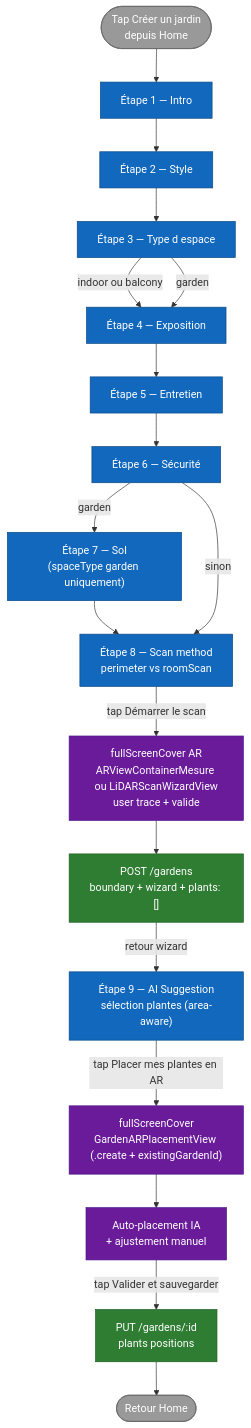
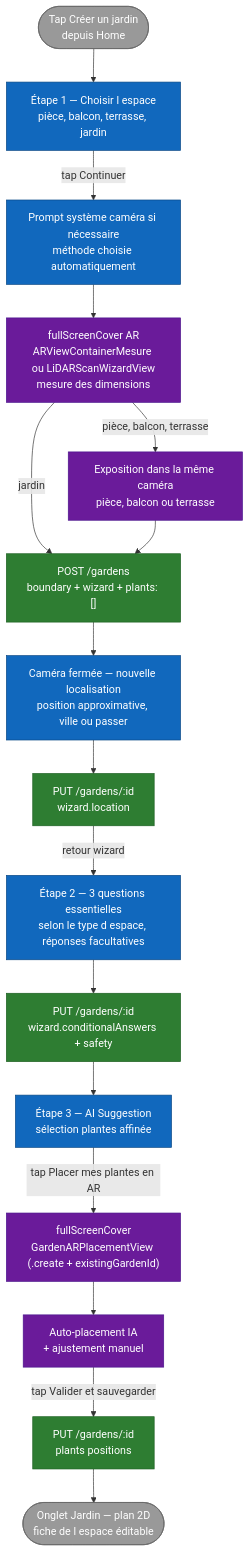
Before and after one commit to ArboreTeam/Arbore: the diagram in docs/fr/flows/garden-creation.md, drawn with Mermaid. The commit also changed other lines of this file and 50 other files, not shown here.

````diff
--- a/docs/fr/flows/garden-creation.md
+++ b/docs/fr/flows/garden-creation.md
@@ -13,47 +13,45 @@
 ```mermaid
 flowchart TB
     start_node([Tap Créer un jardin<br/>depuis Home])
 
-    intro["Étape 1 — Intro"]
-    style_step["Étape 2 — Style"]
-    spaceType["Étape 3 — Type d espace"]
-    exposure["Étape 4 — Exposition"]
-    maintenance["Étape 5 — Entretien"]
-    safety["Étape 6 — Sécurité"]
-    soil["Étape 7 — Sol<br/>(spaceType garden uniquement)"]
-    scan["Étape 8 — Scan method<br/>perimeter vs roomScan"]
+    spaceType["Étape 1 — Choisir l espace<br/>pièce, balcon, terrasse, jardin"]
+    permissions["Prompt système caméra si nécessaire<br/>méthode choisie automatiquement"]
+    trace_ar["fullScreenCover AR<br/>ARViewContainerMesure ou LiDARScanWizardView<br/>mesure des dimensions"]
+    exposure["Exposition dans la même caméra<br/>pièce, balcon ou terrasse"]
+    post_garden["POST /gardens<br/>boundary + wizard + plants: []"]
+    location["Caméra fermée — nouvelle localisation<br/>position approximative, ville ou passer"]
+    update_garden["PUT /gardens/:id<br/>wizard.location"]
+    questions["Étape 2 — 3 questions essentielles<br/>selon le type d espace, réponses facultatives"]
+    update_constraints["PUT /gardens/:id<br/>wizard.conditionalAnswers + safety"]
 
-    trace_ar["fullScreenCover AR<br/>ARViewContainerMesure ou LiDARScanWizardView<br/>user trace + valide"]
-    post_garden["POST /gardens<br/>boundary + wizard + plants: []"]
-
-    ai["Étape 9 — AI Suggestion<br/>sélection plantes (area-aware)"]
+    ai["Étape 3 — AI Suggestion<br/>sélection plantes affinée"]
     placement["fullScreenCover<br/>GardenARPlacementView (.create + existingGardenId)"]
     auto_place["Auto-placement IA<br/>+ ajustement manuel"]
     put_garden["PUT /gardens/:id<br/>plants positions"]
 
-    home([Retour Home])
+    plan2d([Onglet Jardin — plan 2D<br/>fiche de l espace éditable])
 
-    start_node --> intro --> style_step --> spaceType
-    spaceType -->|indoor ou balcony| exposure
-    spaceType -->|garden| exposure
-    exposure --> maintenance --> safety
-    safety -->|garden| soil --> scan
-    safety -->|sinon| scan
-
-    scan -->|tap Démarrer le scan| trace_ar
-    trace_ar --> post_garden
-    post_garden -->|retour wizard| ai
+    start_node --> spaceType
+    spaceType -->|tap Continuer| permissions
+    permissions --> trace_ar
+    trace_ar -->|pièce, balcon, terrasse| exposure
+    trace_ar -->|jardin| post_garden
+    exposure --> post_garden
+    post_garden --> location
+    location --> update_garden
+    update_garden -->|retour wizard| questions
+    questions --> update_constraints --> ai
     ai -->|tap Placer mes plantes en AR| placement
     placement --> auto_place
     auto_place -->|tap Valider et sauvegarder| put_garden
-    put_garden --> home
+    put_garden --> plan2d
 
     classDef step  fill:#1168BD,stroke:#0B4884,color:#fff
     classDef cond  fill:#2E7D32,stroke:#1B5E20,color:#fff
     classDef ar    fill:#6A1B9A,stroke:#4A148C,color:#fff
     classDef io    fill:#999,stroke:#666,color:#fff
-    class intro,style_step,spaceType,exposure,maintenance,safety,soil,scan,ai step
-    class post_garden,put_garden cond
-    class trace_ar,placement,auto_place ar
-    class start_node,home io
+    class spaceType,permissions,location,questions,ai step
+    class post_garden,update_garden,update_constraints,put_garden cond
+    class trace_ar,exposure,placement,auto_place ar
+    class start_node,plan2d io
 ```
````
